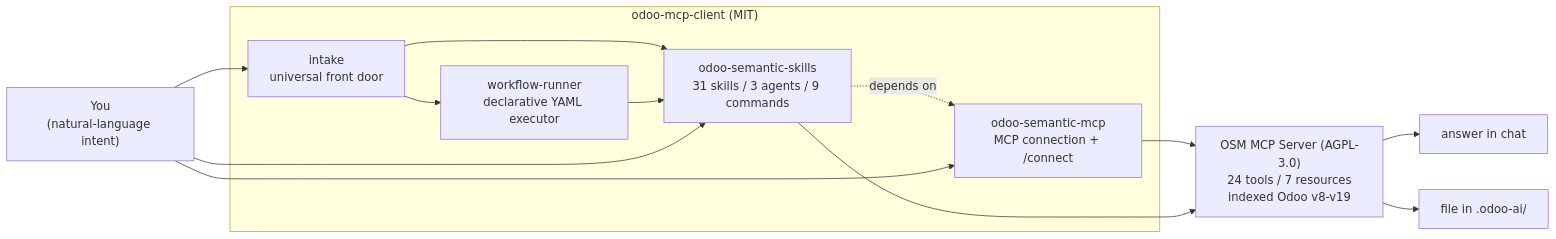
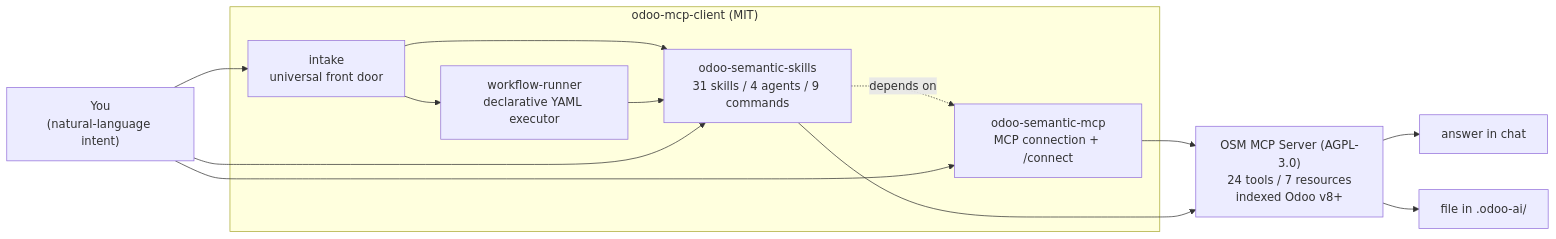
Before and after one commit to Viindoo/odoo-mcp-client: the first of 5 diagrams in README.md, drawn with Mermaid. The commit also changed other lines of this file and 40 other files, not shown here.

First line of the commit message:
refactor(odoo-semantic-skills): split odoo-frontend-coder into skill+agent bundle (#43)

````diff
--- a/README.md
+++ b/README.md
@@ -13,28 +13,28 @@
 ```mermaid
 flowchart LR
     You["You<br/>(natural-language intent)"]
 
     subgraph client["odoo-mcp-client (MIT)"]
         intake["intake<br/>universal front door"]
         wfrunner["workflow-runner<br/>declarative YAML executor"]
-        skills["odoo-semantic-skills<br/>31 skills / 3 agents / 9 commands"]
+        skills["odoo-semantic-skills<br/>31 skills / 4 agents / 9 commands"]
         mcp["odoo-semantic-mcp<br/>MCP connection + /connect"]
         intake --> wfrunner
         intake --> skills
         wfrunner --> skills
         skills -."depends on".-> mcp
     end
 
-    server["OSM MCP Server (AGPL-3.0)<br/>24 tools / 7 resources<br/>indexed Odoo v8-v19"]
+    server["OSM MCP Server (AGPL-3.0)<br/>24 tools / 7 resources<br/>indexed Odoo v8+"]
 
     out1["answer in chat"]
     out2["file in .odoo-ai/"]
 
     You --> intake
     You --> skills
     You --> mcp
     mcp --> server
     skills --> server
     server --> out1
     server --> out2
 ```
````
